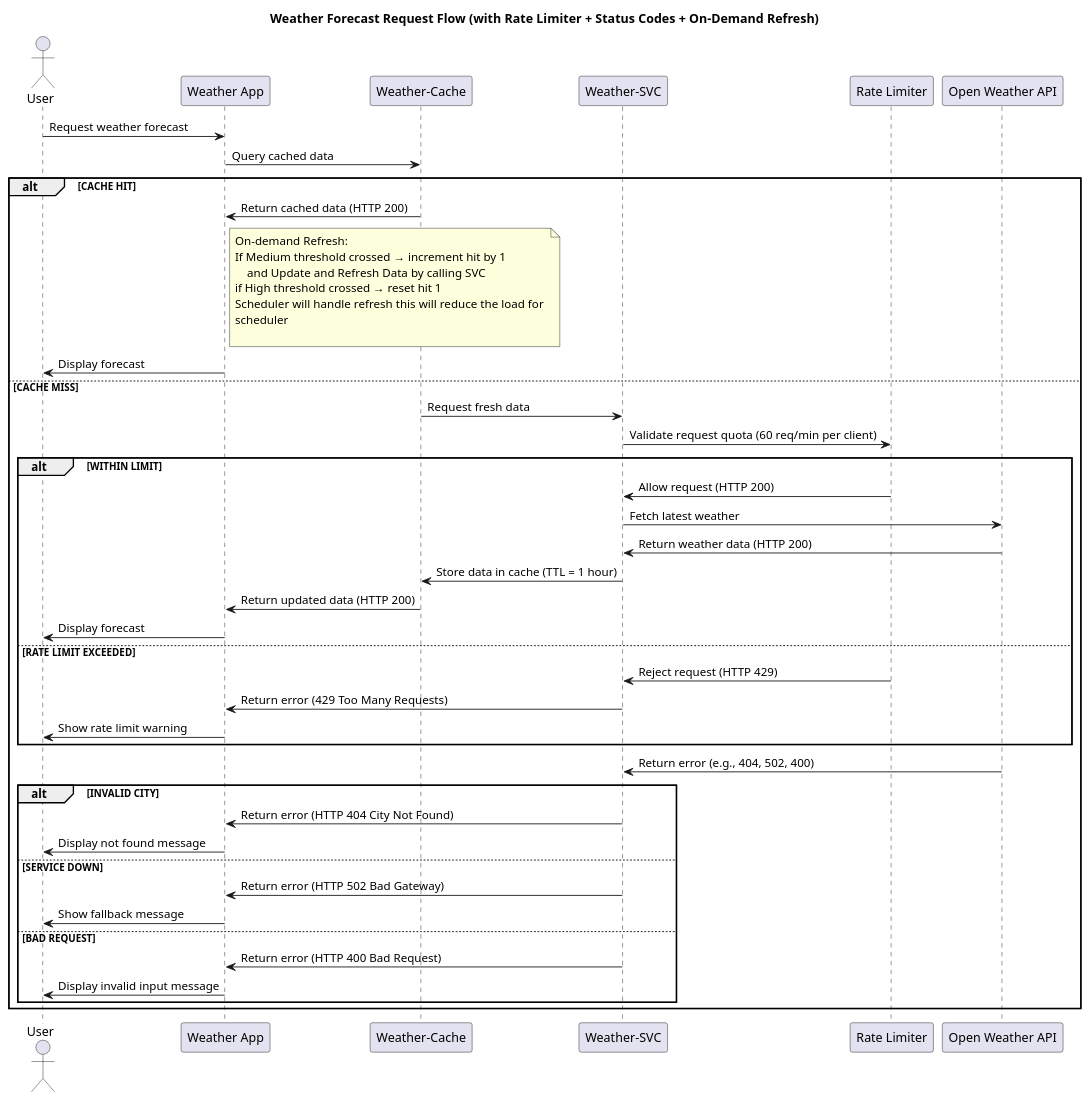
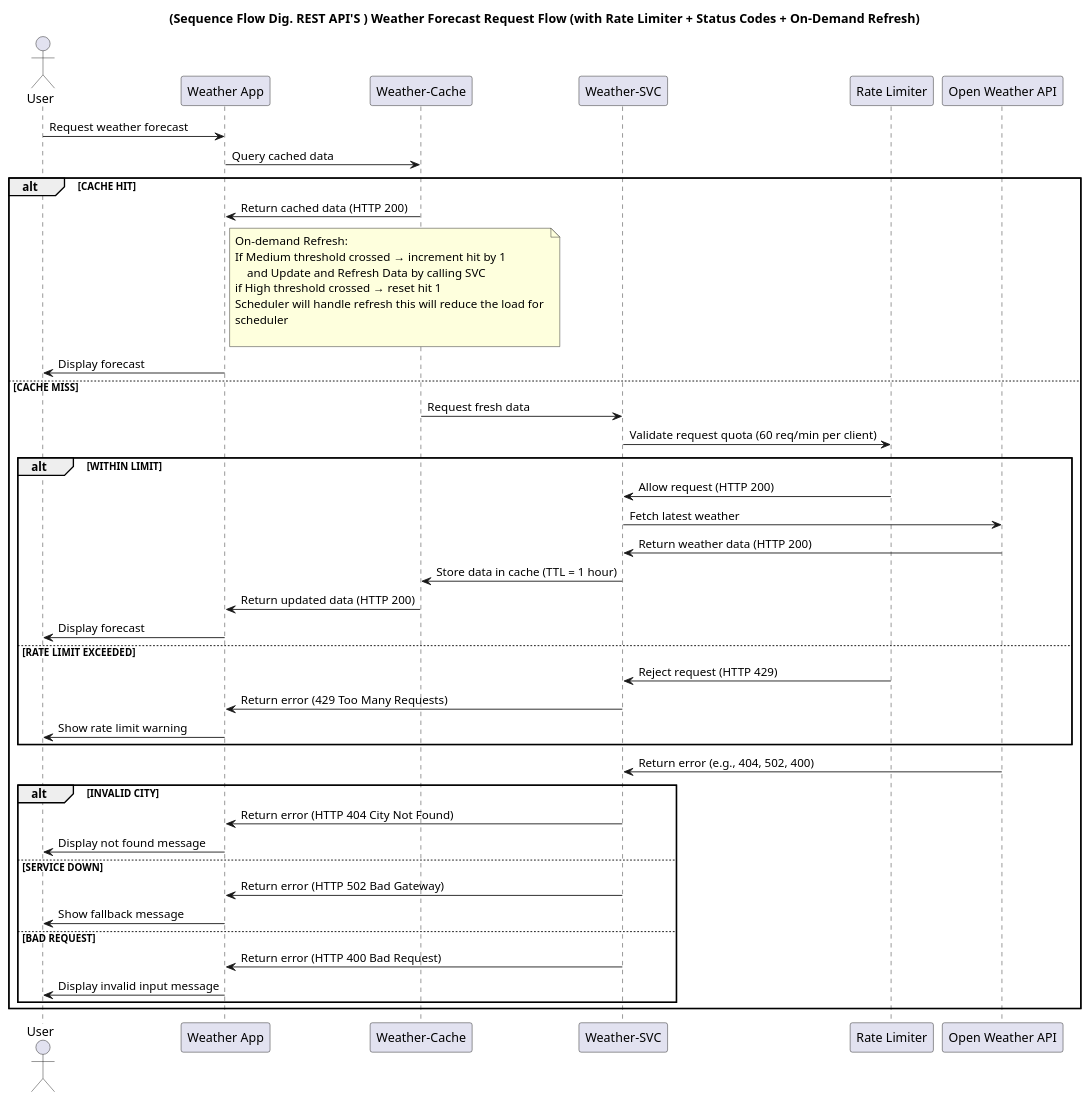
One commit to shivamnamdeo0101/weather-app changed the diagram in SequenceAPIDig.puml. Above: the diagram before and after it, drawn with PlantUML. The commit also changed 3 other files, not shown here.

```diff
--- a/SequenceAPIDig.puml
+++ b/SequenceAPIDig.puml
@@ -1,56 +1,56 @@
 @startuml
-title Weather Forecast Request Flow (with Rate Limiter + Status Codes + On-Demand Refresh)
+title (Sequence Flow Dig. REST API'S ) Weather Forecast Request Flow (with Rate Limiter + Status Codes + On-Demand Refresh)
 
 actor User
 participant "Weather App" as app
 participant "Weather-Cache" as cache
 participant "Weather-SVC" as svc
 participant "Rate Limiter" as limiter
 participant "Open Weather API" as api
 
 User -> app: Request weather forecast
 app -> cache: Query cached data
 
 alt CACHE HIT
     cache -> app: Return cached data (HTTP 200)
     note right of app
         On-demand Refresh:
         If Medium threshold crossed → increment hit by 1
             and Update and Refresh Data by calling SVC
         if High threshold crossed → reset hit 1 
         Scheduler will handle refresh this will reduce the load for 
         scheduler
 
     end note
     app -> User: Display forecast
 else CACHE MISS
     cache -> svc: Request fresh data
     svc -> limiter: Validate request quota (60 req/min per client)
 
     alt WITHIN LIMIT
         limiter -> svc: Allow request (HTTP 200)
         svc -> api: Fetch latest weather
         api -> svc: Return weather data (HTTP 200)
         svc -> cache: Store data in cache (TTL = 1 hour)
         cache -> app: Return updated data (HTTP 200)
         app -> User: Display forecast
     else RATE LIMIT EXCEEDED
         limiter -> svc: Reject request (HTTP 429)
         svc -> app: Return error (429 Too Many Requests)
         app -> User: Show rate limit warning
     end
 
     api -> svc: Return error (e.g., 404, 502, 400)
 
     alt INVALID CITY
         svc -> app: Return error (HTTP 404 City Not Found)
         app -> User: Display not found message
     else SERVICE DOWN
         svc -> app: Return error (HTTP 502 Bad Gateway)
         app -> User: Show fallback message
     else BAD REQUEST
         svc -> app: Return error (HTTP 400 Bad Request)
         app -> User: Display invalid input message
     end
 end
 @enduml
```
